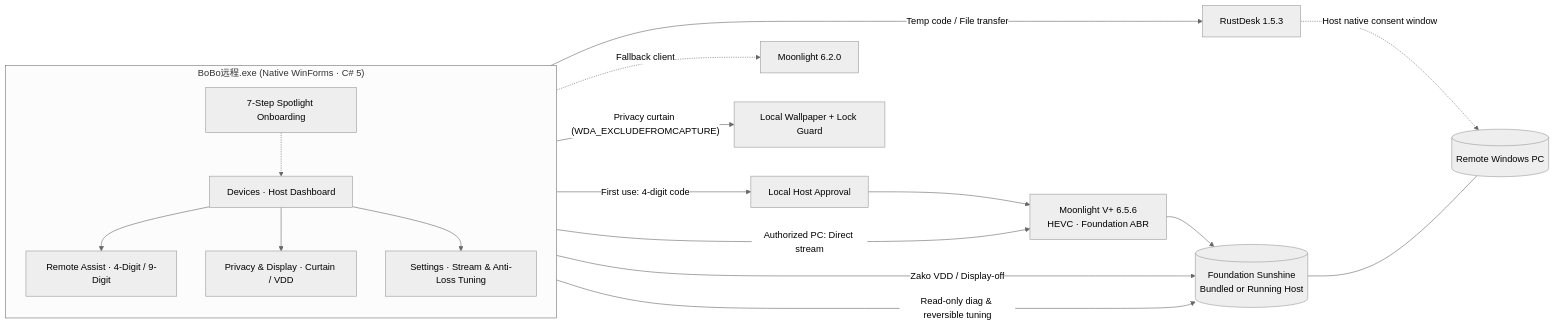
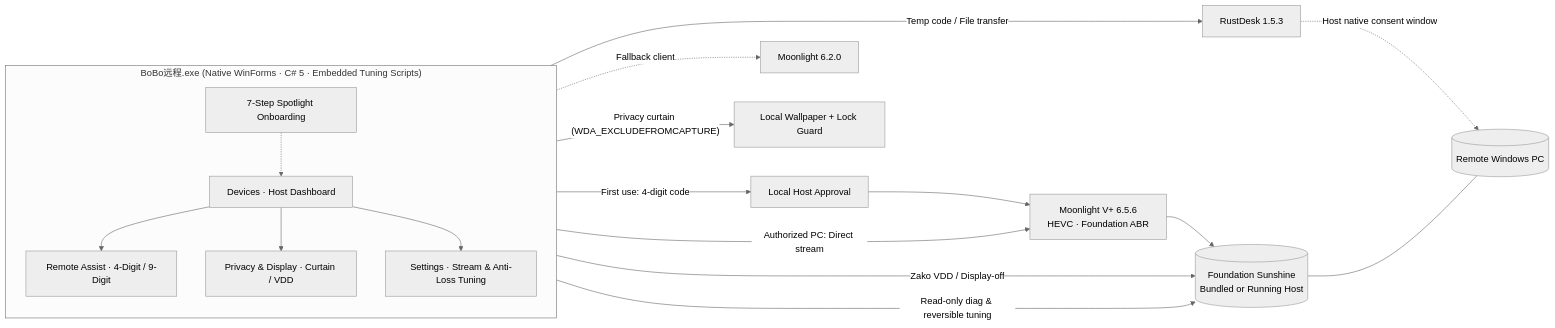
Before and after one commit to Gluxggg/BoBo-Remote: the diagram in README.en.md, drawn with Mermaid (neutral theme). The commit also changed other lines of this file and 8 other files, not shown here.

First line of the commit message:
发布 v4.1.0：仓库更名为 BoBo Remote、新增图形化单文件安装包并内嵌核心调优脚本

````diff
--- a/README.en.md
+++ b/README.en.md
@@ -51,24 +51,24 @@
 ```mermaid
 flowchart LR
-  subgraph L["BoBo远程.exe (Native WinForms · C# 5)"]
+  subgraph L["BoBo远程.exe (Native WinForms · C# 5 · Embedded Tuning Scripts)"]
     direction TB
     G["7-Step Spotlight Onboarding"] -.-> A["Devices · Host Dashboard"]
     A --> B["Remote Assist · 4-Digit / 9-Digit"]
     A --> C["Privacy & Display · Curtain / VDD"]
     A --> D["Settings · Stream & Anti-Loss Tuning"]
   end
 
   B -->|"Authorized PC: Direct stream"| V["Moonlight V+ 6.5.6<br/>HEVC · Foundation ABR"]
   B -->|"First use: 4-digit code"| P["Local Host Approval"]
   P --> V
   B -.->|"Fallback client"| M["Moonlight 6.2.0"]
   B -->|"Temp code / File transfer"| R["RustDesk 1.5.3"]
 
   C -->|"Privacy curtain (WDA_EXCLUDEFROMCAPTURE)"| W["Local Wallpaper + Lock Guard"]
   C -->|"Zako VDD / Display-off"| S[("Foundation Sunshine<br/>Bundled or Running Host")]
   D -->|"Read-only diag & reversible tuning"| S
 
   V --> S
   R -.->|"Host native consent window"| H[("Remote Windows PC")]
   S --- H
 ```
````
